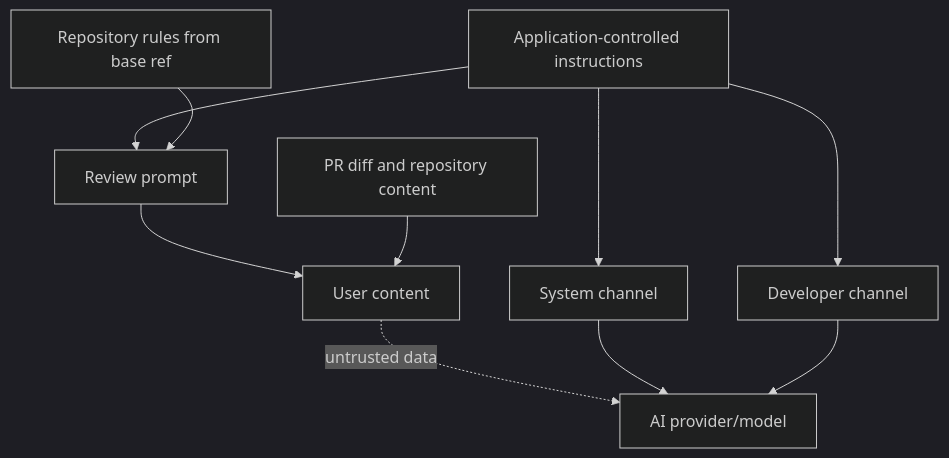
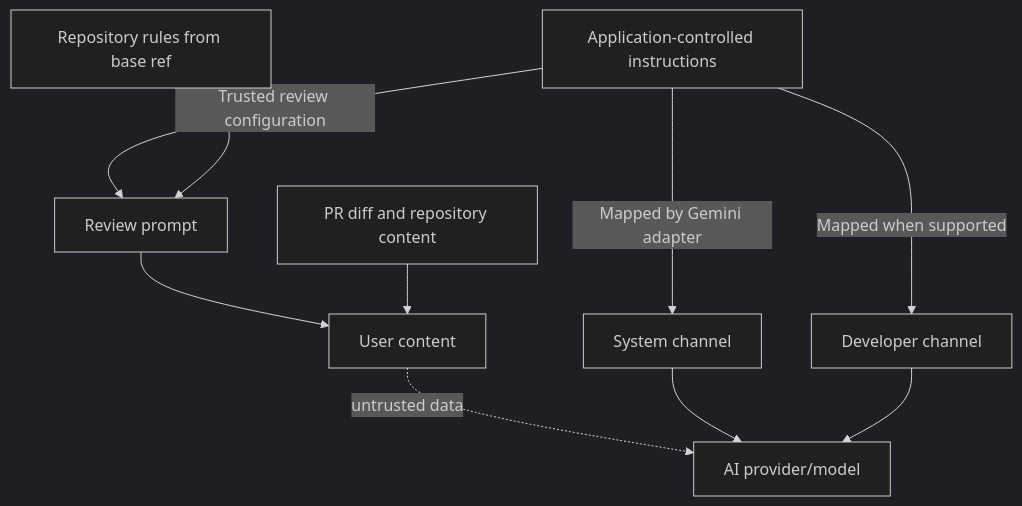
One commit to boghus/code-review-agent changed the diagram in docs/security/prompt-injection.md. Above: the diagram before and after it, drawn with Mermaid (dark theme).

Commit message:
docs: clarify prompt injection channel mapping

````diff
--- a/docs/security/prompt-injection.md
+++ b/docs/security/prompt-injection.md
@@ -7,12 +7,12 @@
 ```mermaid
 flowchart TD
-    A[Application-controlled instructions] --> B[System channel]
-    A --> C[Developer channel]
-    A --> D[Review prompt]
+    A[Application-controlled instructions] -->|Mapped by Gemini adapter| B[System channel]
+    A -->|Mapped when supported| C[Developer channel]
+    A -->|Trusted review configuration| D[Review prompt]
     E[Repository rules from base ref] --> D
     D --> F[User content]
     G[PR diff and repository content] --> F
     F -. untrusted data .-> H[AI provider/model]
     B --> H
     C --> H
 ```
````
